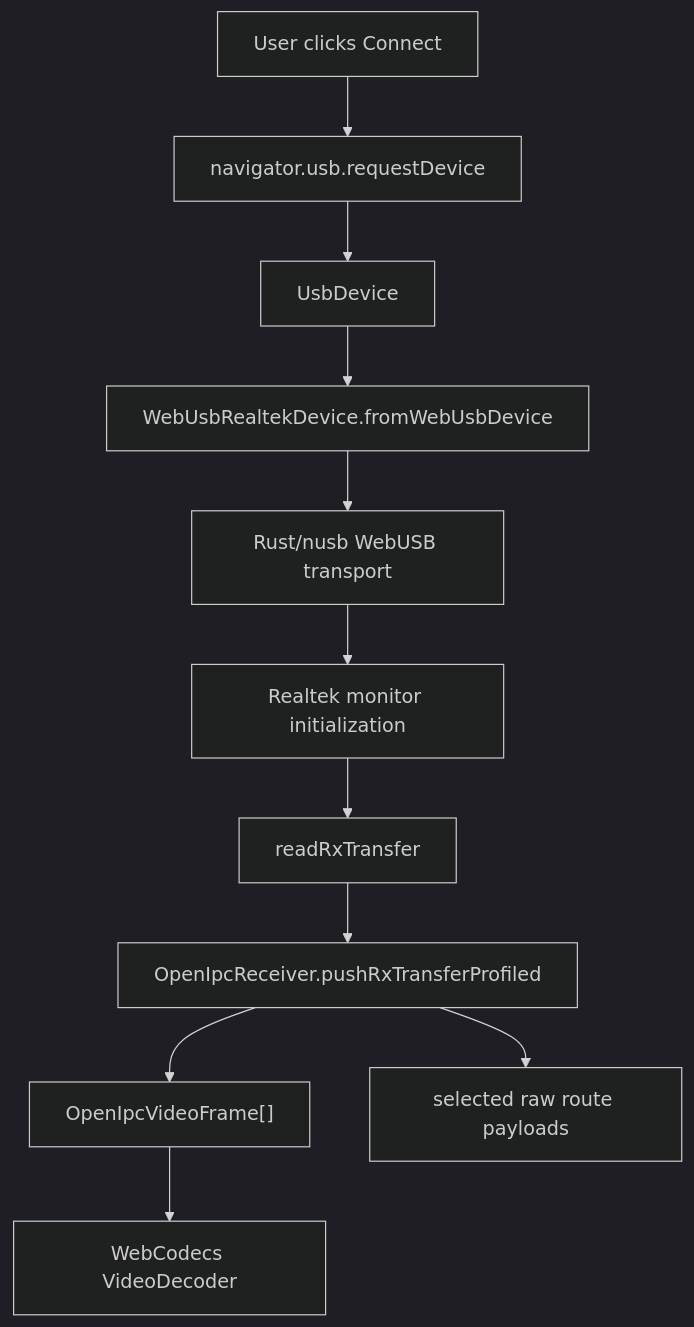
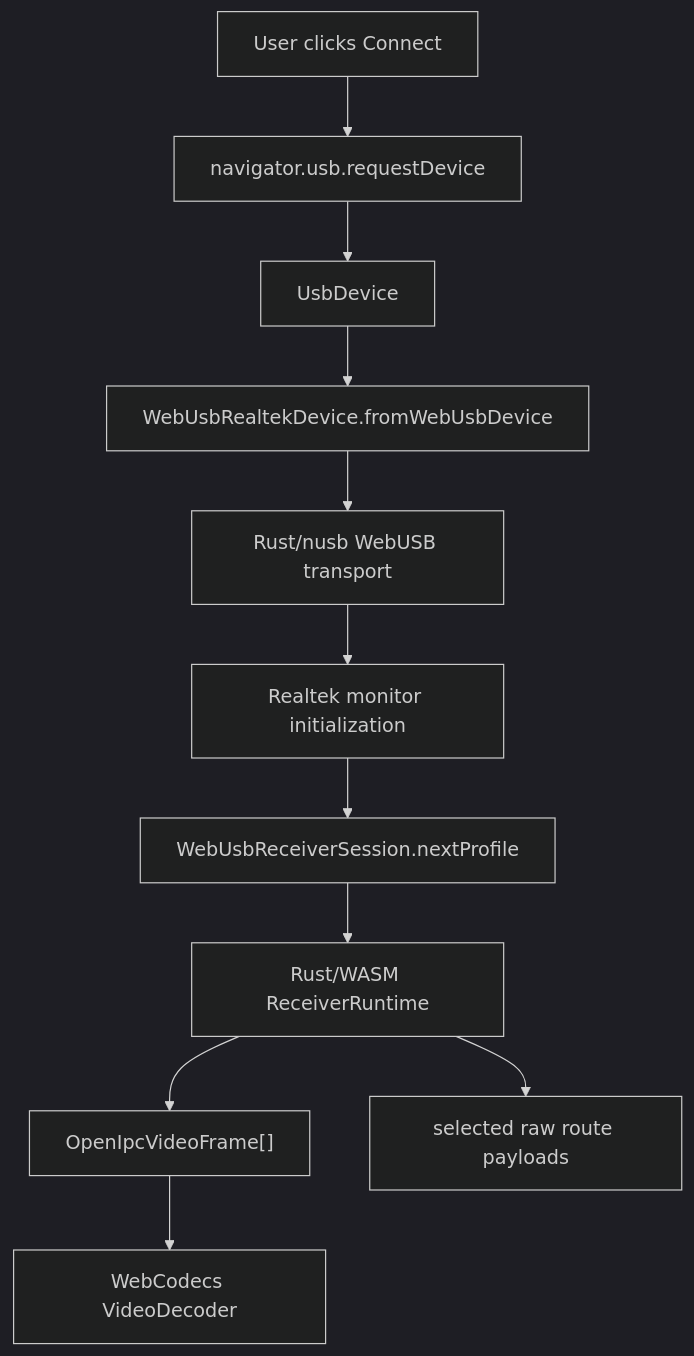
One commit to neelsani/openipc-rs changed the diagram in docs/docs/web-wasm.md. Above: the diagram before and after it, drawn with Mermaid (dark theme). The commit also changed other lines of this file and 27 other files, not shown here.

````diff
--- a/docs/docs/web-wasm.md
+++ b/docs/docs/web-wasm.md
@@ -32,13 +32,13 @@
 ```mermaid
 flowchart TD
     A["User clicks Connect"] --> B["navigator.usb.requestDevice"]
     B --> C["UsbDevice"]
     C --> D["WebUsbRealtekDevice.fromWebUsbDevice"]
     D --> E["Rust/nusb WebUSB transport"]
     E --> F["Realtek monitor initialization"]
-    F --> G["readRxTransfer"]
-    G --> H["OpenIpcReceiver.pushRxTransferProfiled"]
+    F --> G["WebUsbReceiverSession.nextProfile"]
+    G --> H["Rust/WASM ReceiverRuntime"]
     H --> I["OpenIpcVideoFrame[]"]
     I --> J["WebCodecs VideoDecoder"]
     H --> K["selected raw route payloads"]
 ```
````
